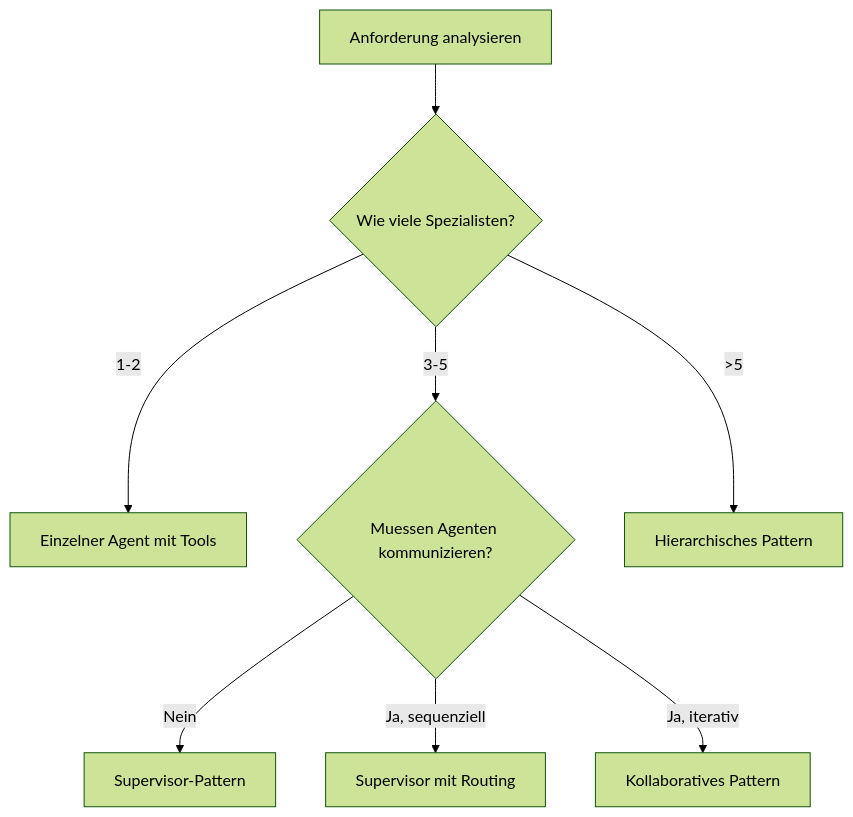
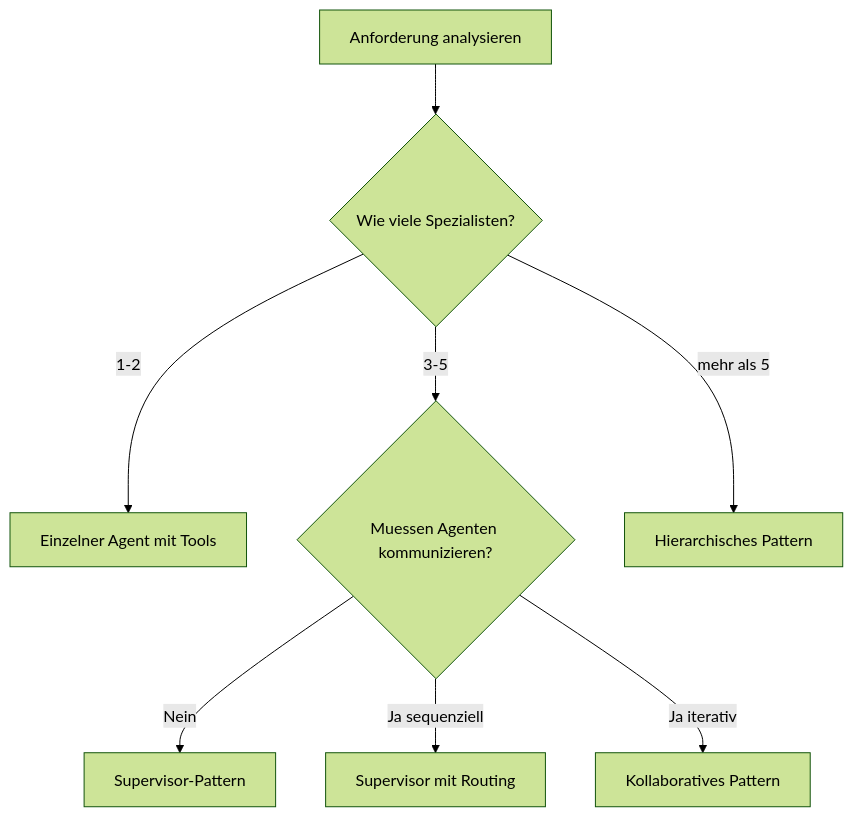
The seventh of 7 diagrams in docs/concepts/Multi_Agent_Systeme.md (ralf-42/Agenten), drawn with Mermaid (forest theme) before and after one commit. The commit also changed other lines of this file and 1 other file, not shown here.

```diff
--- a/docs/concepts/Multi_Agent_Systeme.md
+++ b/docs/concepts/Multi_Agent_Systeme.md
@@ -528,11 +520,11 @@
 <div class="mermaid">
-flowchart TD
+graph TD
     A[Anforderung analysieren] --> B{Wie viele Spezialisten?}
     B -->|1-2| C[Einzelner Agent mit Tools]
     B -->|3-5| D{Muessen Agenten kommunizieren?}
-    B -->|>5| E[Hierarchisches Pattern]
-    
+    B -->|mehr als 5| E[Hierarchisches Pattern]
+
     D -->|Nein| F[Supervisor-Pattern]
-    D -->|Ja, sequenziell| G[Supervisor mit Routing]
-    D -->|Ja, iterativ| H[Kollaboratives Pattern]
+    D -->|Ja sequenziell| G[Supervisor mit Routing]
+    D -->|Ja iterativ| H[Kollaboratives Pattern]
 </div>
```
